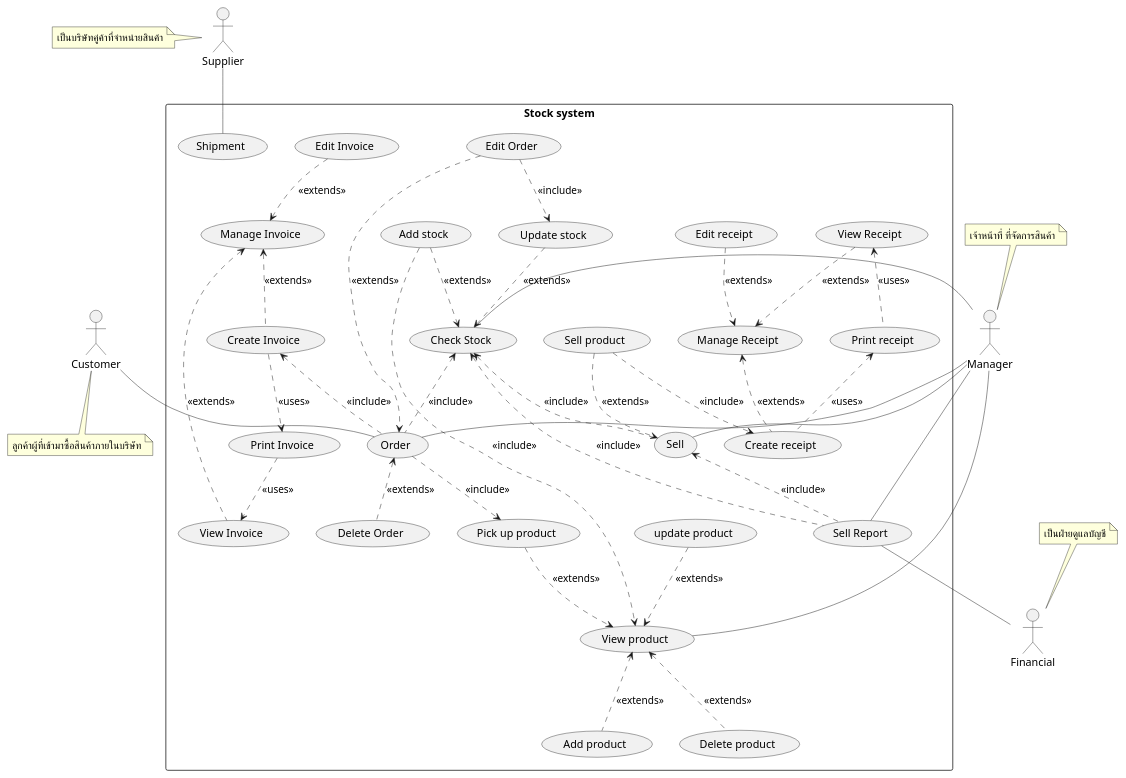
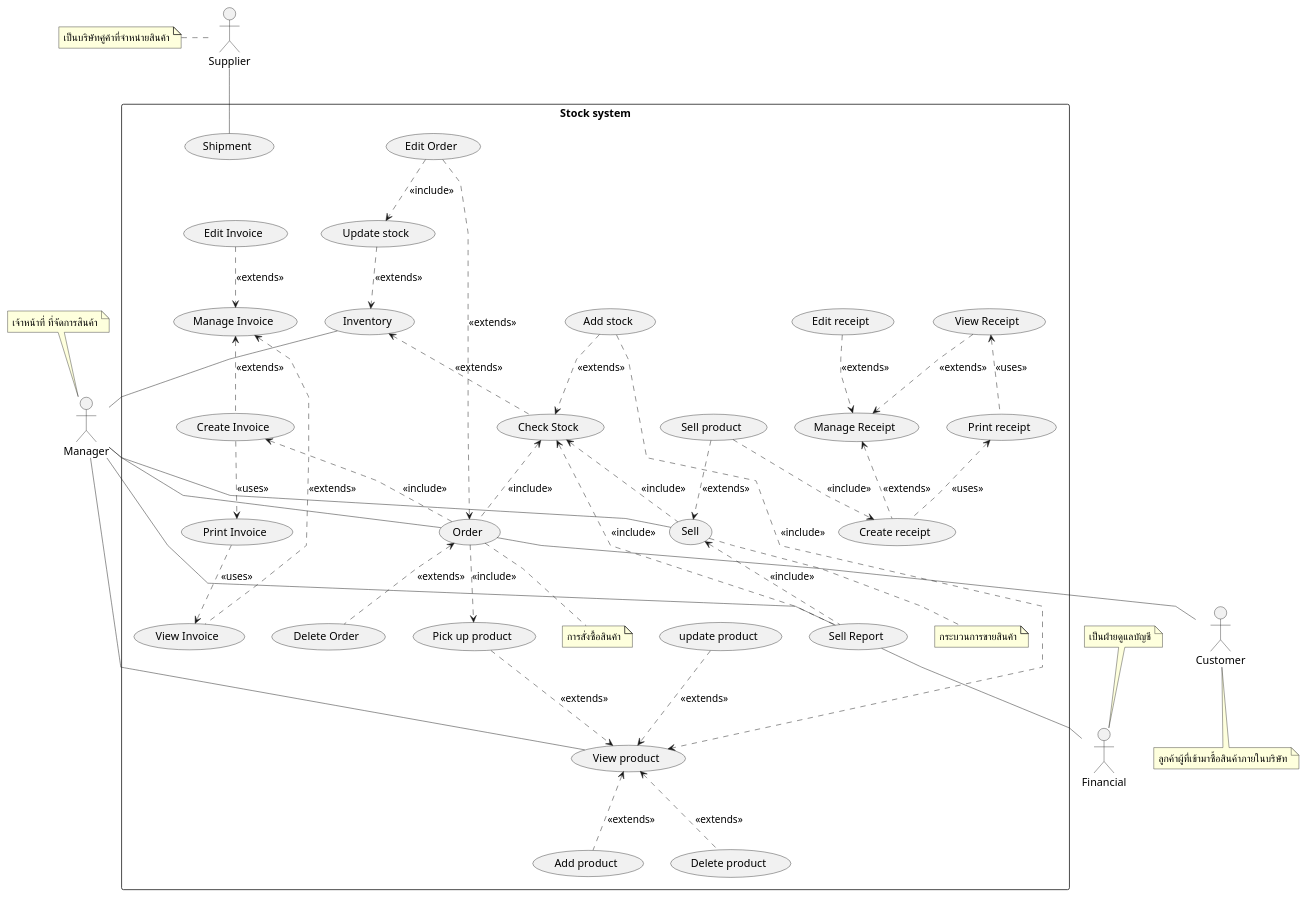
Before and after one commit to billowdev/inventory-system-plantuml-sequelize-seeder-example: the diagram in system-analysis/usecase-diagram.puml, drawn with PlantUML.

Commit message:
inventory usecase

```diff
--- a/system-analysis/usecase-diagram.puml
+++ b/system-analysis/usecase-diagram.puml
@@ -1,173 +1,185 @@
 @startuml
 'https://plantuml.com/sequence-diagram
+
+skinparam linetype polyline
+'skinparam linetype ortho
 
 skinparam Arrow{
     Thickness .6
 }
 skinparam Participant{
     FontColor #efefef
     BorderColor #c0c0c0
 }
 skinparam Sequence{
     ParticipantBorderThickness .5
     LifeLineBorderColor #8a8a8a
 }
 
 ' =================== Customer ===================
 ' role - ผู้ที่เข้ามาเพื่อซื้อสินค้าภายในบริษัท
 ' duty - ทำให้เกิดการซื้อขายสินค้า
 actor Customer as actorCustomer
 note bottom of actorCustomer : ลูกค้าผู้ที่เข้ามาซื้อสินค้าภายในบริษัท
 ' =================== Manager ===================
 ' role - เจ้าหน้าที่ ที่จัดการสินค้า ให้คงคลังสินค้าอยู่เสมอ
 ' duty - บริหารจัดการ stock สินค้า ทั้งการจำหน่ายออก และการรับสินค้ารวมถึงการ
 ' ออกใบสั่งของ การเช็คสินค้าและการทำรายงานต่างๆ
 actor Manager as actorManager
 note top of actorManager : เจ้าหน้าที่ ที่จัดการสินค้า
 ' =================== Supplier ===================
 ' role - เป็นบริษัทคู่ค้าที่จำหน่ายสินค้าหรือวัตถุดิบให้กับบริษัท
 ' duty - ขายและจัดส่งสินค้าตามใบสั่งของ
 actor Supplier as actorSupplier
 note left of actorSupplier : เป็นบริษัทคู่ค้าที่จำหน่ายสินค้า
 ' =================== Financial ===================
 ' role - เป็นฝ่ายดูแลบัญชีและการเงินของบริษัท
 ' duty - รับข้อมูลการซื้อและขายสินค้า
 actor Financial as actorFinancial
 note top of actorFinancial : เป็นฝ่ายดูแลบัญชี
 
 ' =================== Stock System ===================
 rectangle "Stock system" as stockSystem {
 
     ' ================ Selling ================
     ' กระบวนการขายสินค้า
     usecase (Sell) as (usecaseSell)
+    note bottom of usecaseSell : กระบวนการขายสินค้า
+
+
     '    การขายสินค้า
     usecase (Sell product) as (usecaseSellProduct)
     '    การตรวจสอบยอดสินค้า
 
     '    ออกใบเสร็จ
     usecase (Manage Receipt) as (usecaseReceipt)
     usecase (View Receipt) as (usecaseViewReceipt)
     usecase (Print receipt) as (usecasePrintReceipt)
     usecase (Edit receipt) as (usecaseEditReceipt)
     usecase (Create receipt) as (usecaseCreateReceipt)
 
     ' ================ Ordering ================
     '    การสั่งซื้อสินค้า
+
     usecase (Order) as (usecaseOrder)
+    note bottom of usecaseOrder : การสั่งซื้อสินค้า
     usecase (Edit Order) as (usecaseEditOrder)
     usecase (Delete Order) as (usecaseDeleteOrder)
 
     '    การลงรับสินค้า
 
     ' ================ Reporting ================
     '   การทำรายงาน
     usecase (Sell Report) as (usecaseSellReport)
 
 
     ' ================ Product ================
     '    การสั่งซื้อสินค้า
     usecase (View product) as (usecaseProduct)
+
     usecase (Add product) as (usecaseAddProduct)
     usecase (update product) as (usecaseUpdateProduct)
     usecase (Delete product) as (usecaseDeleteProduct)
 
     usecase (Pick up product) as (usecasePickUpProduct)
 
+    ' ================ Stock ================
+    usecase (Inventory) as (usecaseInventory)
     usecase (Check Stock) as (usecaseCheckStock)
     usecase (Add stock) as (usecaseAddStock)
     usecase (Update stock) as (usecaseUpdateStock)
-
-
 
     ' ================ Invoice ================
     usecase (Manage Invoice) as (usecaseInvoice)
     usecase (View Invoice) as (usecaseViewInvoice)
     usecase (Create Invoice) as (usecaseCreateInvoice)
     usecase (Edit Invoice) as (usecaseEditInvoice)
     usecase (Print Invoice) as (usecasePrintInvoice)
 
     ' ================ Shipment ================
     usecase (Shipment) as (usecaseShipment)
 
+
+
+
     '    ===================== Associate Flow =====================
 
     '    ================ actor - usecase Flow ================
     '   ความสัมพันธ์ระหว่าง actor และ usecase ในส่วนของการขาย
     actorManager -- (usecaseSell)
 
     ' ===  ความสัมพันธ์ระหว่าง actor และ usecase ในส่วนของการสั่งซื้อสินค้า ===
-    actorManager -- (usecaseOrder)
-    (usecaseOrder) -up- actorCustomer
+    actorManager -up- (usecaseOrder)
+    (usecaseOrder) -- actorCustomer
 
     ' ===  ความสัมพันธ์ระหว่าง actor และ usecase ในส่วนของการสออกรายงาน ===
     actorManager --- (usecaseSellReport)
     actorFinancial -up- (usecaseSellReport)
 
-    actorManager - (usecaseCheckStock)
+    actorManager - (usecaseInventory)
     actorManager -- (usecaseProduct)
 
     actorSupplier -down- (usecaseShipment)
 
     '================ usecase - usecase Flow ================
 
 
     (usecaseProduct) <.. (usecaseAddProduct)  : <<extends>>
     (usecaseUpdateProduct) ..> (usecaseProduct) : <<extends>>
     (usecaseProduct) <.. (usecaseDeleteProduct)  : <<extends>>
     (usecasePickUpProduct) ..> (usecaseProduct) : <<extends>>
 
     ' ================ Stock ================
     (usecaseAddStock) ..> (usecaseCheckStock) : <<extends>>
     (usecaseAddStock) ..> (usecaseProduct) : <<include>>
 
-    (usecaseUpdateStock) ..> (usecaseCheckStock) : <<extends>>
+    (usecaseUpdateStock) ..> (usecaseInventory) : <<extends>>
+
+    (usecaseInventory) <.. (usecaseCheckStock) : <<extends>>
 
     ' ================ Sell ================
     (usecaseSellProduct) ..> (usecaseSell) : <<extends>>
     (usecaseCheckStock) <.. (usecaseSell)    : <<include>>
 
     (usecaseSellProduct)  ..> (usecaseCreateReceipt) : <<include>>
-
-
 
 
     '   การลงรับสินค้า เป็นส่วนหนึ่งของกระบวนการสั่งซื้อสินค้า
     (usecaseOrder) ..> (usecasePickUpProduct) : <<include>>
 
     '   การปรับปรุงยอดสินค้า เป็นส่วนหนึ่งของกระบวนการสั่งซื้อสินค้า
     (usecaseCheckStock) <.. (usecaseOrder) : <<include>>
 
     ' ================ Order ================
     (usecaseOrder) <.. (usecaseDeleteOrder) : <<extends>>
     (usecaseEditOrder) ..> (usecaseOrder) : <<extends>>
     (usecaseEditOrder) ..> (usecaseUpdateStock) : <<include>>
     (usecaseCreateInvoice) <.. (usecaseOrder) : <<include>>
 
     ' ================ Invoice ================
     (usecaseInvoice) <.. (usecaseViewInvoice) : <<extends>>
     (usecaseInvoice)  <..   (usecaseCreateInvoice): <<extends>>
     (usecaseEditInvoice) ..> (usecaseInvoice) : <<extends>>
 
     (usecaseCreateInvoice) ..> (usecasePrintInvoice) : <<uses>>
     (usecasePrintInvoice) ..> (usecaseViewInvoice) : <<uses>>
 
     ' ================ Receipt ================
     (usecaseCreateReceipt) .up.> (usecaseReceipt) : <<extends>>
     (usecaseViewReceipt) ..> (usecaseReceipt) : <<extends>>
     (usecaseEditReceipt) ..> (usecaseReceipt) : <<extends>>
 
     (usecaseCreateReceipt) .up.> (usecasePrintReceipt) : <<uses>>
     (usecaseViewReceipt)  <..   (usecasePrintReceipt): <<uses>>
 
     ' ================ Reporting ================
     '   การทำรายงาน
 
     (usecaseSell) <..  (usecaseSellReport)   : <<include>>
     (usecaseCheckStock) <..  (usecaseSellReport)   : <<include>>
 
     ' ================ Shipment ================
 
 }
 
 @enduml
```
